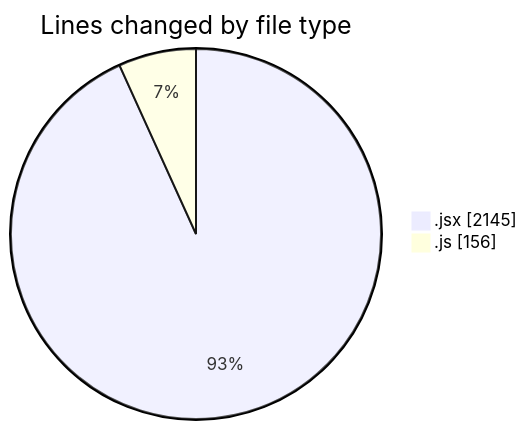
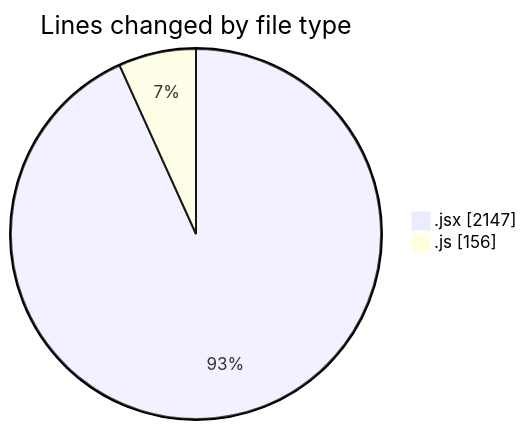
The first of 2 diagrams in 2025-05-22/nxtqube_webapp/README.md (nxtqubesakshisongat/code-tracking), drawn with Mermaid before and after one commit. The commit also changed other lines of this file and 1 other file, not shown here.

````diff
--- a/2025-05-22/nxtqube_webapp/README.md
+++ b/2025-05-22/nxtqube_webapp/README.md
@@ -21,6 +21,6 @@
 ```mermaid
 pie showData
 title Lines changed by file type
-".jsx" : 2145
+".jsx" : 2147
 ".js" : 156
 ```
````
